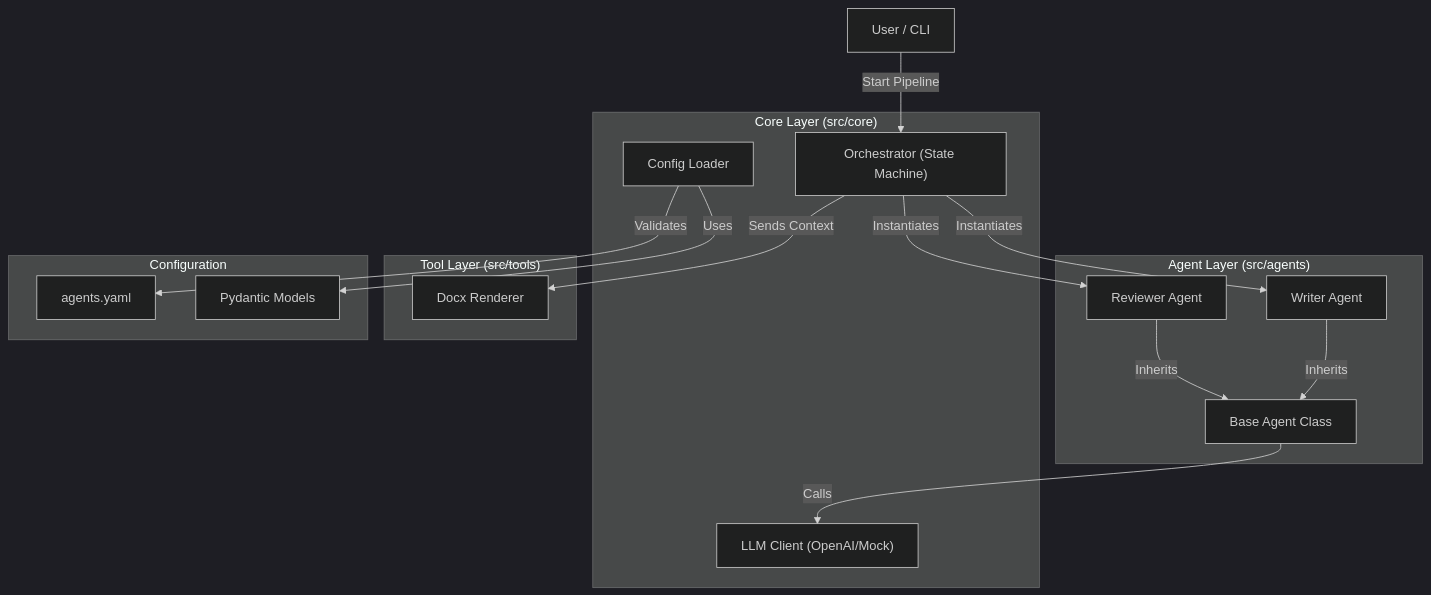
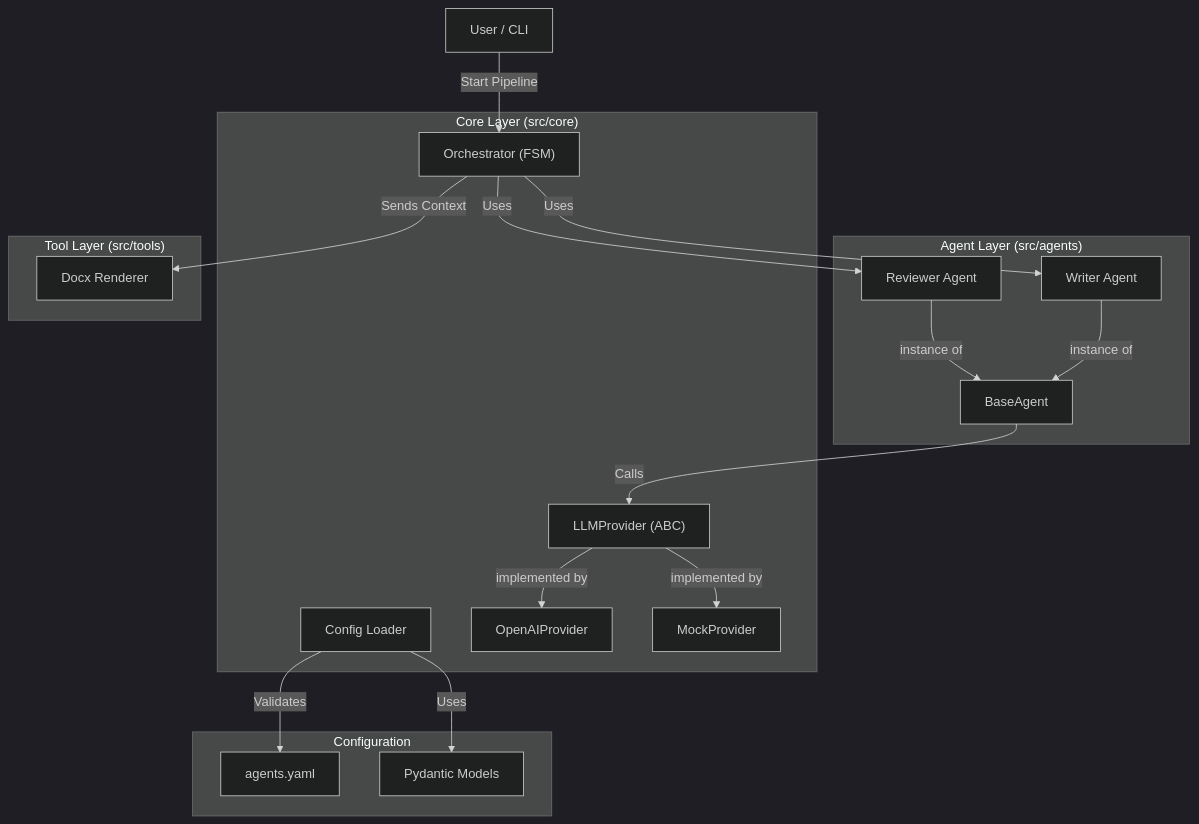
One commit to Lotargo/Academic-Pipeline-Engine changed the diagram in docs/ARCHITECTURE.md. Above: the diagram before and after it, drawn with Mermaid (dark theme). The commit also changed other lines of this file and 10 other files, not shown here.

````diff
--- a/docs/ARCHITECTURE.md
+++ b/docs/ARCHITECTURE.md
@@ -7,35 +7,39 @@
 ```mermaid
 graph TD
     User[User / CLI] -->|Start Pipeline| Orchestrator
 
     subgraph Core Layer ["Core Layer (src/core)"]
-        Orchestrator["Orchestrator (State Machine)"]
+        Orchestrator["Orchestrator (FSM)"]
         Config[Config Loader]
-        LLM["LLM Client (OpenAI/Mock)"]
+        LLM["LLMProvider (ABC)"]
+        OpenAI["OpenAIProvider"]
+        Mock["MockProvider"]
     end
 
     subgraph Agent Layer ["Agent Layer (src/agents)"]
         Writer[Writer Agent]
         Reviewer[Reviewer Agent]
-        BaseAgent[Base Agent Class]
+        BaseAgent[BaseAgent]
 
-        Orchestrator -->|Instantiates| Writer
-        Orchestrator -->|Instantiates| Reviewer
-        Writer -- Inherits --> BaseAgent
-        Reviewer -- Inherits --> BaseAgent
+        Orchestrator -->|Uses| Writer
+        Orchestrator -->|Uses| Reviewer
+        Writer -- instance of --> BaseAgent
+        Reviewer -- instance of --> BaseAgent
         BaseAgent -->|Calls| LLM
+        LLM -- implemented by --> OpenAI
+        LLM -- implemented by --> Mock
     end
 
     subgraph Tool Layer ["Tool Layer (src/tools)"]
         Renderer[Docx Renderer]
         Orchestrator -->|Sends Context| Renderer
     end
 
     subgraph Configuration ["Configuration"]
         YAML[agents.yaml]
         Pydantic[Pydantic Models]
 
         Config -->|Validates| YAML
         Config -->|Uses| Pydantic
     end
 ```
````
